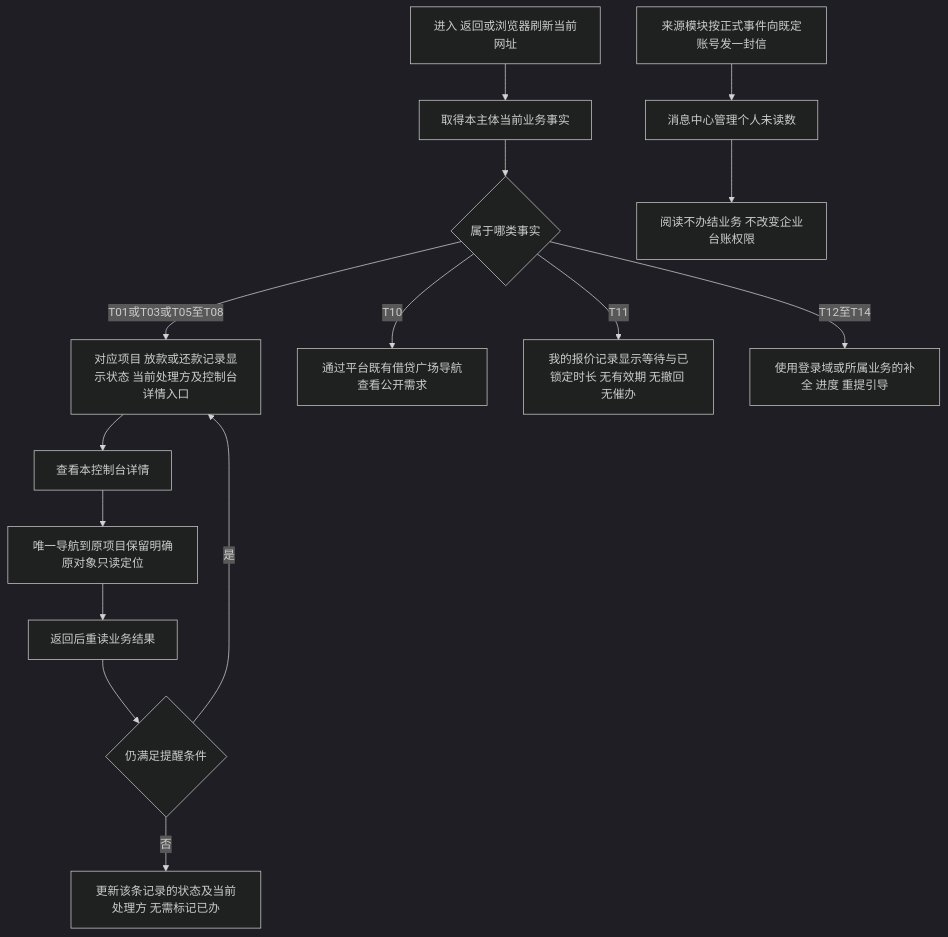
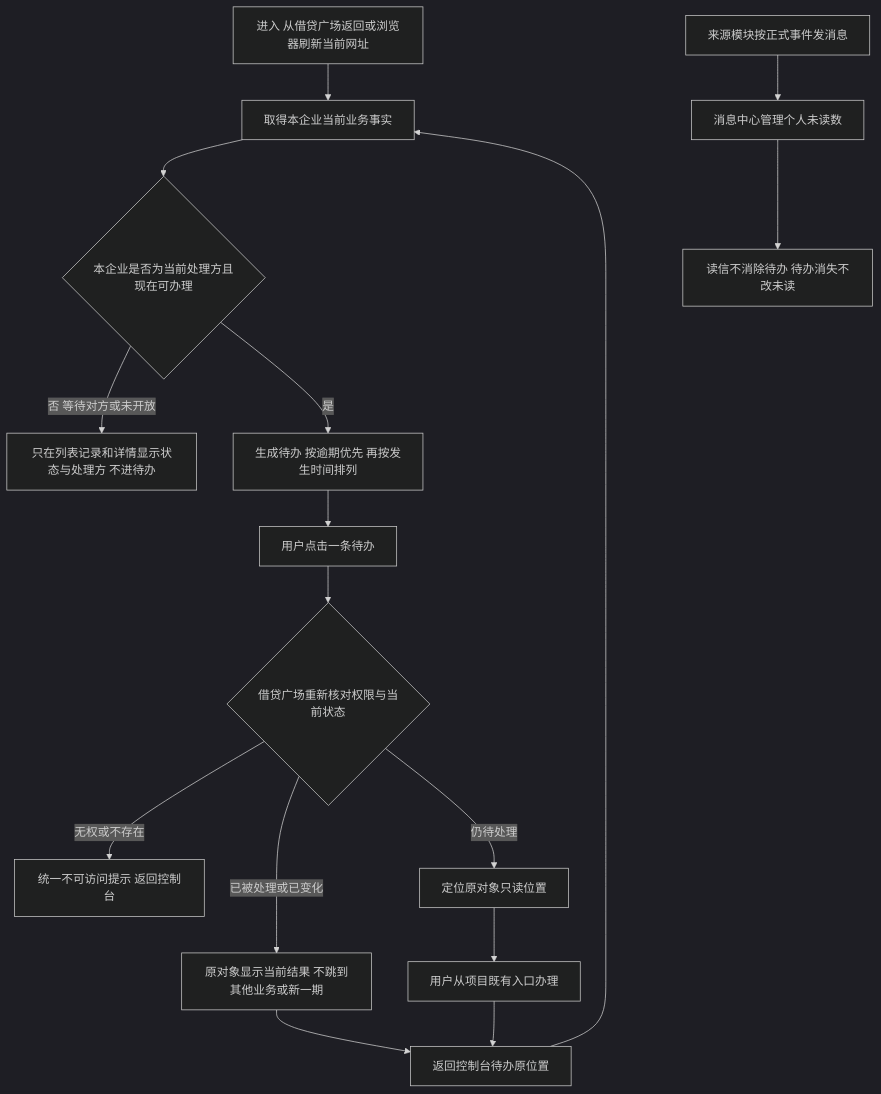
The third of 12 diagrams in lending-platform/PRD/面客端/09-我的控制台/02-我的控制台-流程图与状态机.md (wxblockchain/Chain-Financing), drawn with Mermaid (dark theme) before and after one commit. The commit also changed other lines of this file and 12 other files, not shown here.

````diff
--- a/lending-platform/PRD/面客端/09-我的控制台/02-我的控制台-流程图与状态机.md
+++ b/lending-platform/PRD/面客端/09-我的控制台/02-我的控制台-流程图与状态机.md
@@ -87,17 +92,18 @@
 ```mermaid
 flowchart TD
-  A[进入 返回或浏览器刷新当前网址] --> B[取得本主体当前业务事实]
-  B --> C{属于哪类事实}
-  C -- T01或T03或T05至T08 --> D[对应项目 放款或还款记录显示状态 当前处理方及控制台详情入口]
-  C -- T10 --> E[通过平台既有借贷广场导航查看公开需求]
-  C -- T11 --> F[我的报价记录显示等待与已锁定时长 无有效期 无撤回 无催办]
-  C -- T12至T14 --> G[使用登录域或所属业务的补全 进度 重提引导]
-  D --> V[查看本控制台详情]
-  V --> H[唯一导航到原项目保留明确原对象只读定位]
-  H --> I[返回后重读业务结果]
-  I --> J{仍满足提醒条件}
-  J -- 是 --> D
-  J -- 否 --> K[更新该条记录的状态及当前处理方 无需标记已办]
-  L[来源模块按正式事件向既定账号发一封信] --> M[消息中心管理个人未读数]
-  M --> N[阅读不办结业务 不改变企业台账权限]
+  A[进入 从借贷广场返回或浏览器刷新当前网址] --> B[取得本企业当前业务事实]
+  B --> C{本企业是否为当前处理方且现在可办理}
+  C -- 否 等待对方或未开放 --> D[只在列表记录和详情显示状态与处理方 不进待办]
+  C -- 是 --> E[生成待办 按逾期优先 再按发生时间排列]
+  E --> F[用户点击一条待办]
+  F --> G{借贷广场重新核对权限与当前状态}
+  G -- 无权或不存在 --> H[统一不可访问提示 返回控制台]
+  G -- 已被处理或已变化 --> I[原对象显示当前结果 不跳到其他业务或新一期]
+  G -- 仍待处理 --> J[定位原对象只读位置]
+  J --> K[用户从项目既有入口办理]
+  K --> L[返回控制台待办原位置]
+  I --> L
+  L --> B
+  M[来源模块按正式事件发消息] --> N[消息中心管理个人未读数]
+  N --> O[读信不消除待办 待办消失不改未读]
 ```
````
